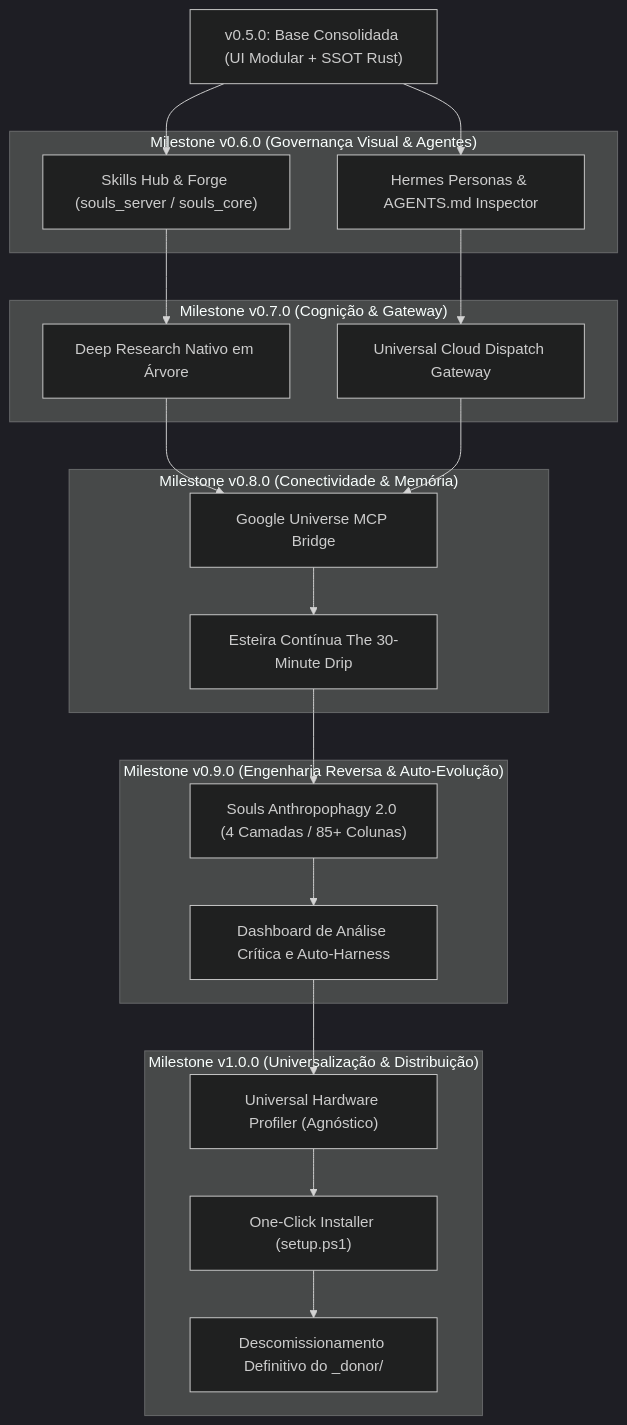
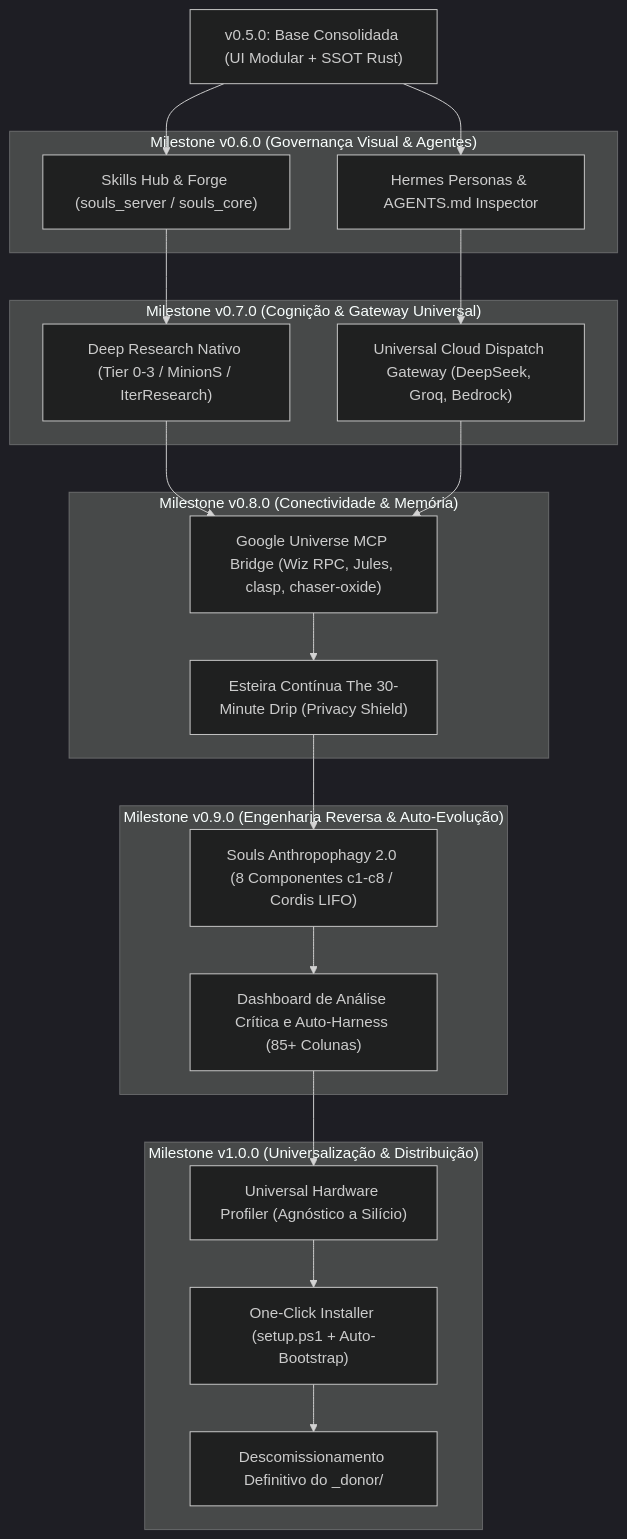
One commit to brunosrosa/souls_engine changed the second of 2 diagrams in docs/planning/roadmap/SOULS_ENGINE_ROADMAP_NEXT_DELIVERIES.md. Above: the diagram before and after it, drawn with Mermaid (dark theme). The commit also changed other lines of this file, not shown here.

Commit message:
docs(roadmap): link deep research references, emerging ideas and future blueprints

````diff
--- a/docs/planning/roadmap/SOULS_ENGINE_ROADMAP_NEXT_DELIVERIES.md
+++ b/docs/planning/roadmap/SOULS_ENGINE_ROADMAP_NEXT_DELIVERIES.md
@@ -258,43 +302,43 @@
 ```mermaid
 flowchart TD
     v050["v0.5.0: Base Consolidada (UI Modular + SSOT Rust)"]
     
     subgraph M060 ["Milestone v0.6.0 (Governança Visual & Agentes)"]
         SkillsHub["Skills Hub & Forge (souls_server / souls_core)"]
         Personas["Hermes Personas & AGENTS.md Inspector"]
     end
 
-    subgraph M070 ["Milestone v0.7.0 (Cognição & Gateway)"]
-        DeepResearch["Deep Research Nativo em Árvore"]
-        MultiCloud["Universal Cloud Dispatch Gateway"]
+    subgraph M070 ["Milestone v0.7.0 (Cognição & Gateway Universal)"]
+        DeepResearch["Deep Research Nativo (Tier 0-3 / MinionS / IterResearch)"]
+        MultiCloud["Universal Cloud Dispatch Gateway (DeepSeek, Groq, Bedrock)"]
     end
 
     subgraph M080 ["Milestone v0.8.0 (Conectividade & Memória)"]
-        GoogleBridge["Google Universe MCP Bridge"]
-        ObsidianDrip["Esteira Contínua The 30-Minute Drip"]
+        GoogleBridge["Google Universe MCP Bridge (Wiz RPC, Jules, clasp, chaser-oxide)"]
+        ObsidianDrip["Esteira Contínua The 30-Minute Drip (Privacy Shield)"]
     end
 
     subgraph M090 ["Milestone v0.9.0 (Engenharia Reversa & Auto-Evolução)"]
-        Anthropophagy["Souls Anthropophagy 2.0 (4 Camadas / 85+ Colunas)"]
-        EvolutionDash["Dashboard de Análise Crítica e Auto-Harness"]
+        Anthropophagy["Souls Anthropophagy 2.0 (8 Componentes c1-c8 / Cordis LIFO)"]
+        EvolutionDash["Dashboard de Análise Crítica e Auto-Harness (85+ Colunas)"]
     end
 
     subgraph M100 ["Milestone v1.0.0 (Universalização & Distribuição)"]
-        AutoTuning["Universal Hardware Profiler (Agnóstico)"]
-        Installer["One-Click Installer (setup.ps1)"]
+        AutoTuning["Universal Hardware Profiler (Agnóstico a Silício)"]
+        Installer["One-Click Installer (setup.ps1 + Auto-Bootstrap)"]
         DecomDonor["Descomissionamento Definitivo do _donor/"]
     end
 
     v050 --> SkillsHub
     v050 --> Personas
     SkillsHub --> DeepResearch
     Personas --> MultiCloud
     DeepResearch --> GoogleBridge
     MultiCloud --> GoogleBridge
     GoogleBridge --> ObsidianDrip
     ObsidianDrip --> Anthropophagy
     Anthropophagy --> EvolutionDash
     EvolutionDash --> AutoTuning
     AutoTuning --> Installer
     Installer --> DecomDonor
 ```
````
